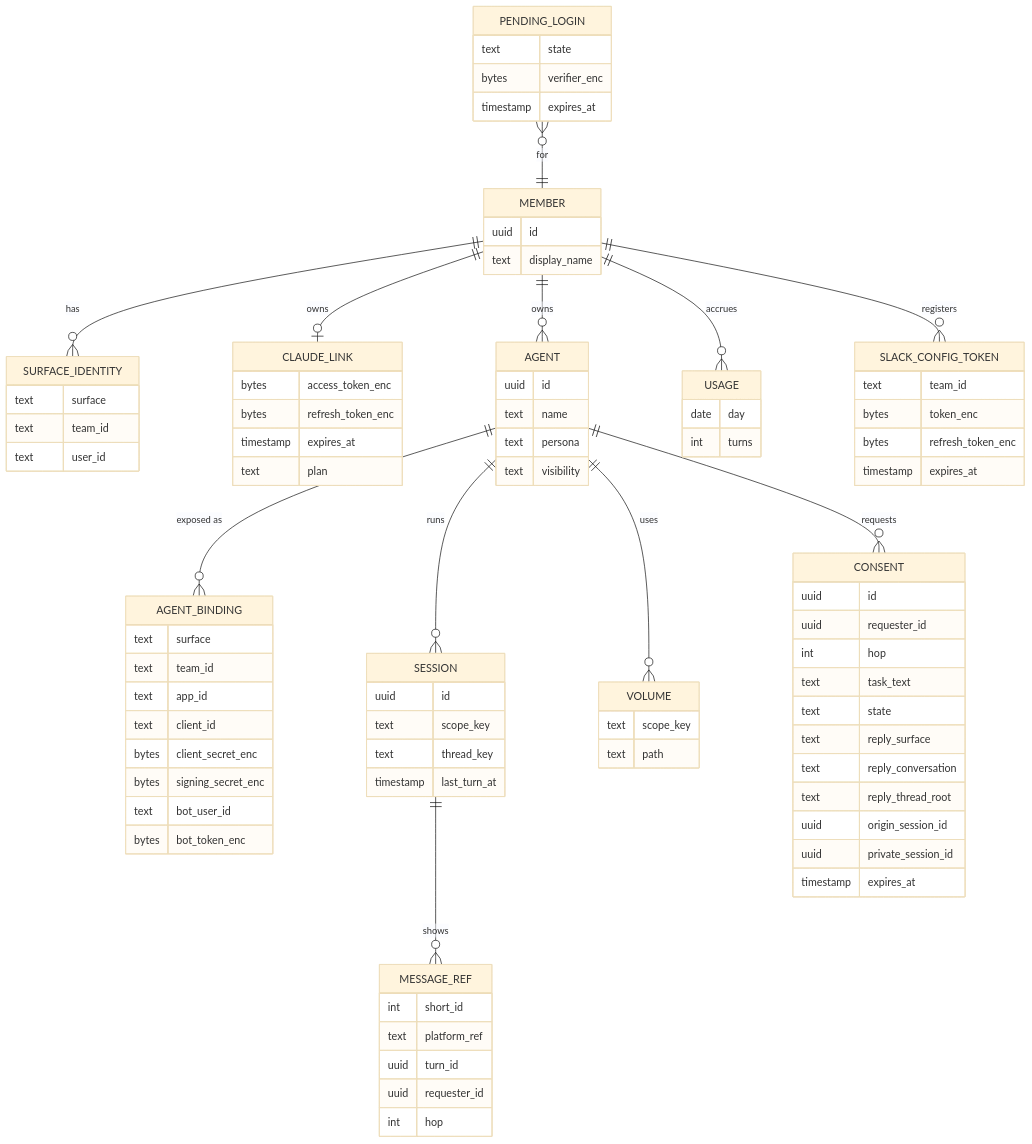
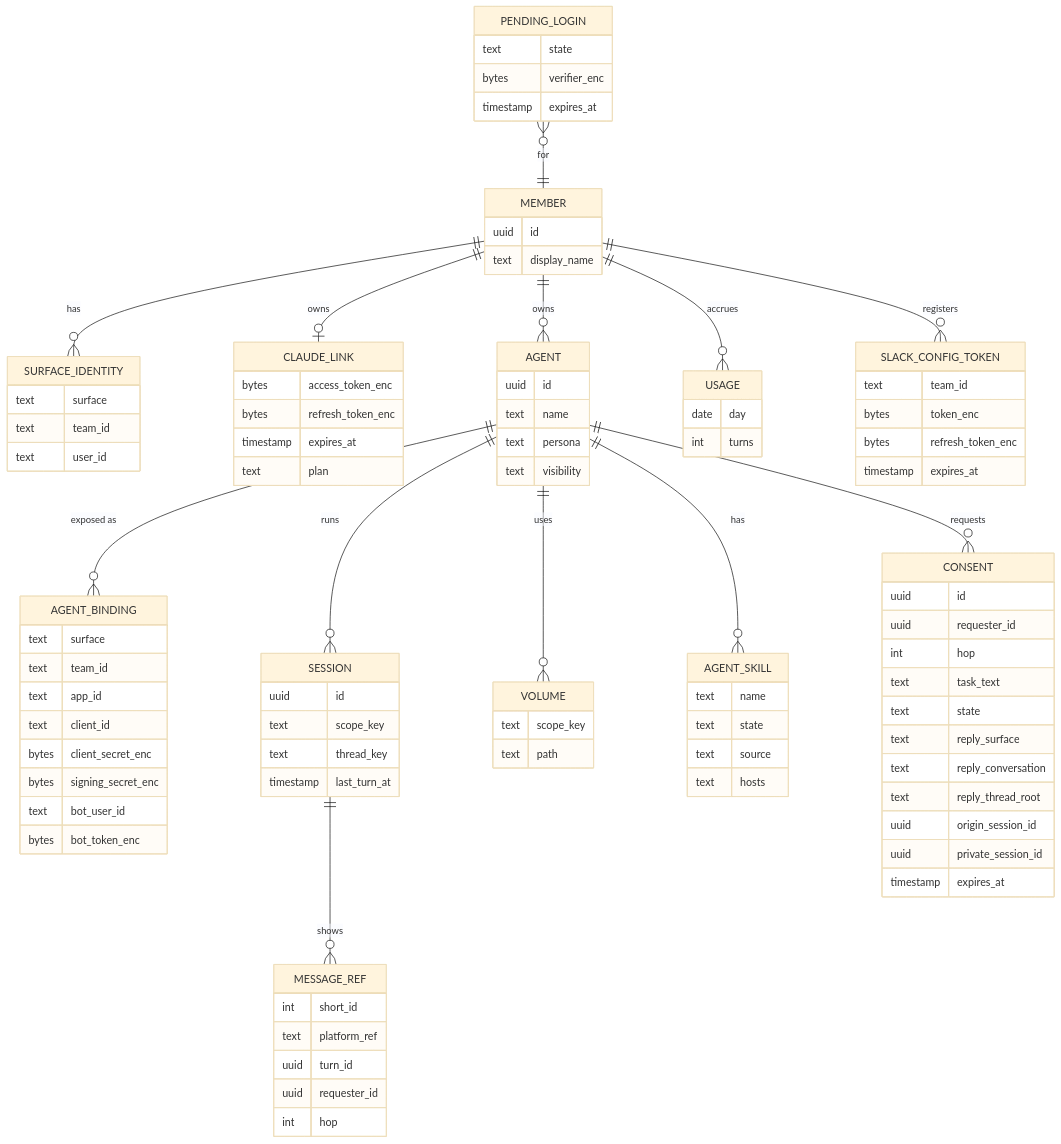
The seventh of 7 diagrams in docs/design.md (agentsky/agent-core), drawn with Mermaid (base theme) before and after one commit. The commit also changed other lines of this file and 42 other files, not shown here.

```diff
--- a/docs/design.md
+++ b/docs/design.md
@@ -630,6 +645,7 @@
     AGENT ||--o{ VOLUME : uses
     MEMBER ||--o{ USAGE : accrues
     MEMBER ||--o{ SLACK_CONFIG_TOKEN : registers
+    AGENT ||--o{ AGENT_SKILL : has
     PENDING_LOGIN }o--|| MEMBER : for
     AGENT ||--o{ CONSENT : requests
 
@@ -700,6 +716,12 @@
         text scope_key
         text path
     }
+    AGENT_SKILL {
+        text name
+        text state
+        text source
+        text hosts
+    }
     USAGE {
         date day
         int turns
```
